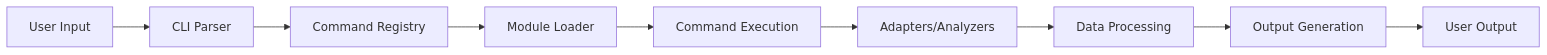
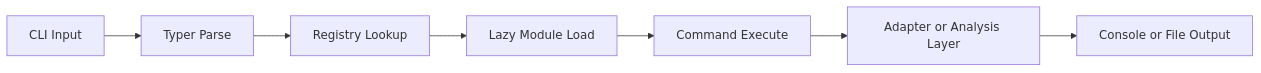
One commit to nold-ai/specfact-cli changed the first of 2 diagrams in docs/architecture/data-flow.md. Above: the diagram before and after it, drawn with Mermaid. The commit also changed other lines of this file and 65 other files, not shown here.

Commit message:
chore(openspec): archive completed changes and align architecture docs

````diff
--- a/docs/architecture/data-flow.md
+++ b/docs/architecture/data-flow.md
@@ -7,11 +5,9 @@
 ```mermaid
 graph LR
-    A[User Input] --> B[CLI Parser]
-    B --> C[Command Registry]
-    C --> D[Module Loader]
-    D --> E[Command Execution]
-    E --> F[Adapters/Analyzers]
-    F --> G[Data Processing]
-    G --> H[Output Generation]
-    H --> I[User Output]
+    Input[CLI Input] --> Parse[Typer Parse]
+    Parse --> Lookup[Registry Lookup]
+    Lookup --> Load[Lazy Module Load]
+    Load --> Execute[Command Execute]
+    Execute --> AdapterOrAnalysis[Adapter or Analysis Layer]
+    AdapterOrAnalysis --> Output[Console or File Output]
 ```
````
